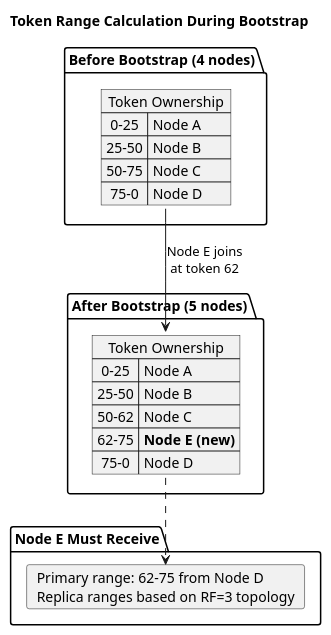
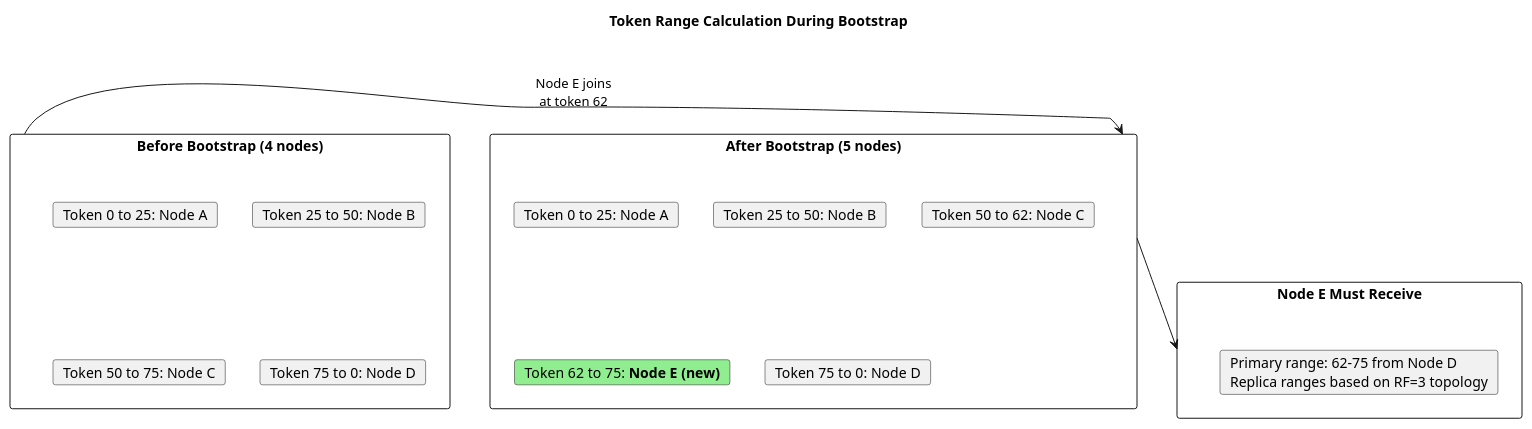
The sixth of 16 diagrams in docs/cassandra/architecture/distributed-data/streaming.md (axonops/documentation), drawn with PlantUML before and after one commit. The commit also changed other lines of this file and 228 other files, not shown here.

````diff
--- a/docs/cassandra/architecture/distributed-data/streaming.md
+++ b/docs/cassandra/architecture/distributed-data/streaming.md
@@ -194,33 +194,29 @@
 ```plantuml
 @startuml
 skinparam backgroundColor transparent
 title Token Range Calculation During Bootstrap
 
-package "Before Bootstrap (4 nodes)" {
-    map "Token Ownership" as before {
-        0-25 => Node A
-        25-50 => Node B
-        50-75 => Node C
-        75-0 => Node D
-    }
+rectangle "Before Bootstrap (4 nodes)" as before_box {
+    card "Token 0 to 25: Node A" as a1
+    card "Token 25 to 50: Node B" as b1
+    card "Token 50 to 75: Node C" as c1
+    card "Token 75 to 0: Node D" as d1
 }
 
-package "After Bootstrap (5 nodes)" {
-    map "Token Ownership" as after {
-        0-25 => Node A
-        25-50 => Node B
-        50-62 => Node C
-        62-75 => **Node E (new)**
-        75-0 => Node D
-    }
+rectangle "After Bootstrap (5 nodes)" as after_box {
+    card "Token 0 to 25: Node A" as a2
+    card "Token 25 to 50: Node B" as b2
+    card "Token 50 to 62: Node C" as c2
+    card "Token 62 to 75: **Node E (new)**" as e2 #lightgreen
+    card "Token 75 to 0: Node D" as d2
 }
 
-package "Node E Must Receive" {
+rectangle "Node E Must Receive" as receive_box {
     card "Primary range: 62-75 from Node D\nReplica ranges based on RF=3 topology" as receive
 }
 
-before --> after : Node E joins\nat token 62
-after ..> receive
+before_box -right-> after_box : Node E joins\nat token 62
+after_box -down-> receive_box
 
 @enduml
 ```
````
